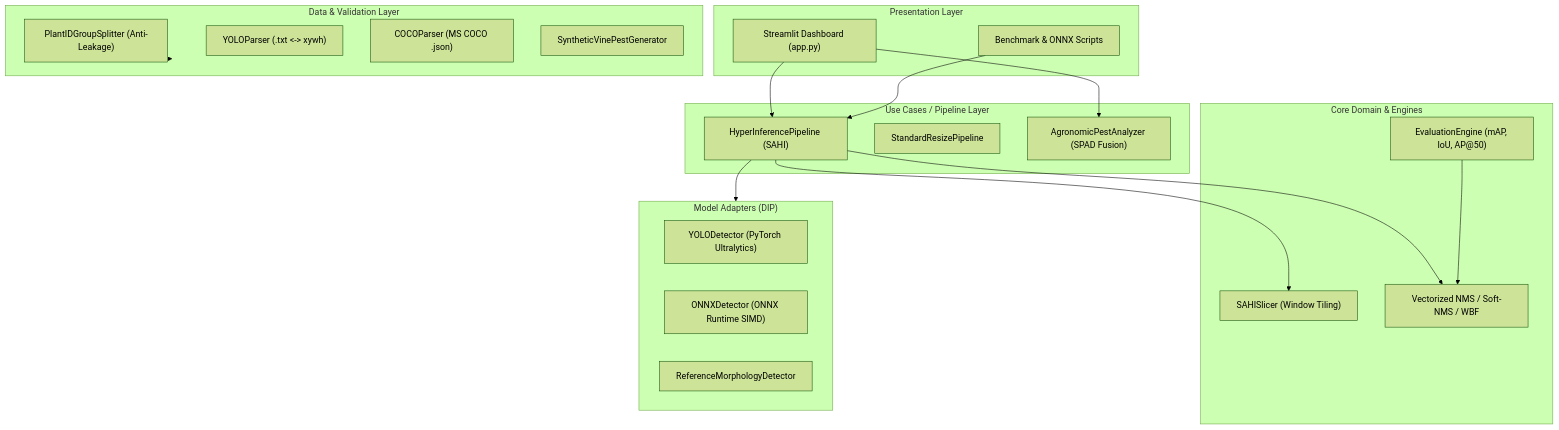
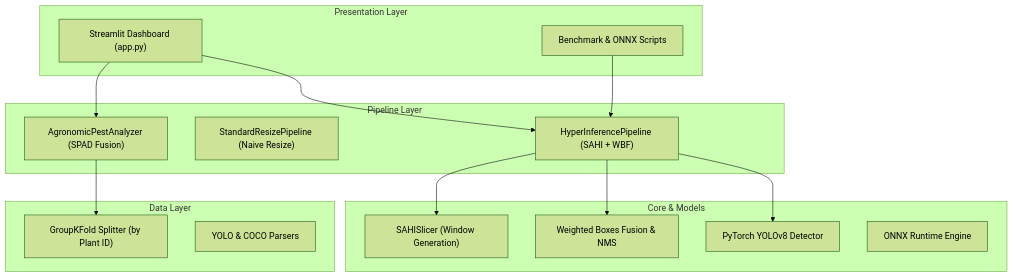
One commit to dzati1910/agri-vision changed the diagram in README.md. Above: the diagram before and after it, drawn with Mermaid (forest theme). The commit also changed other lines of this file, not shown here.

````diff
--- a/README.md
+++ b/README.md
@@ -91,41 +44,33 @@
 ```mermaid
 graph TD
-    subgraph UI ["Presentation Layer"]
-        App["Streamlit Dashboard (app.py)"]
+    subgraph Presentation ["Presentation Layer"]
+        UI["Streamlit Dashboard (app.py)"]
         CLI["Benchmark & ONNX Scripts"]
     end
 
-    subgraph Pipeline ["Use Cases / Pipeline Layer"]
-        SAHI["HyperInferencePipeline (SAHI)"]
-        Resize["StandardResizePipeline"]
+    subgraph Pipeline ["Pipeline Layer"]
+        SAHI["HyperInferencePipeline (SAHI + WBF)"]
+        Resize["StandardResizePipeline (Naive Resize)"]
         Agro["AgronomicPestAnalyzer (SPAD Fusion)"]
     end
 
-    subgraph Core ["Core Domain & Engines"]
-        Slicer["SAHISlicer (Window Tiling)"]
-        NMS["Vectorized NMS / Soft-NMS / WBF"]
-        Metrics["EvaluationEngine (mAP, IoU, AP@50)"]
+    subgraph Core ["Core & Models"]
+        Slicer["SAHISlicer (Window Generation)"]
+        WBF["Weighted Boxes Fusion & NMS"]
+        YOLO["PyTorch YOLOv8 Detector"]
+        ONNX["ONNX Runtime Engine"]
     end
 
-    subgraph Models ["Model Adapters (DIP)"]
-        YOLO["YOLODetector (PyTorch Ultralytics)"]
-        ONNX["ONNXDetector (ONNX Runtime SIMD)"]
-        Ref["ReferenceMorphologyDetector"]
+    subgraph Data ["Data Layer"]
+        Split["GroupKFold Splitter (by Plant ID)"]
+        Parsers["YOLO & COCO Parsers"]
     end
 
-    subgraph Data ["Data & Validation Layer"]
-        Split["PlantIDGroupSplitter (Anti-Leakage)"]
-        YOLOParser["YOLOParser (.txt <-> xywh)"]
-        COCOParser["COCOParser (MS COCO .json)"]
-        Synth["SyntheticVinePestGenerator"]
-    end
-
-    App --> SAHI
-    App --> Agro
+    UI --> SAHI
+    UI --> Agro
     CLI --> SAHI
     SAHI --> Slicer
-    SAHI --> Models
-    SAHI --> NMS
-    Metrics --> NMS
-    Data --> Split
+    SAHI --> YOLO
+    SAHI --> WBF
+    Agro --> Split
 ```
````
